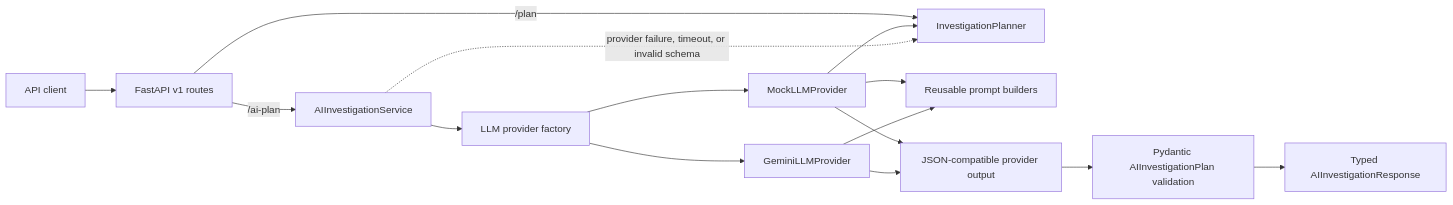
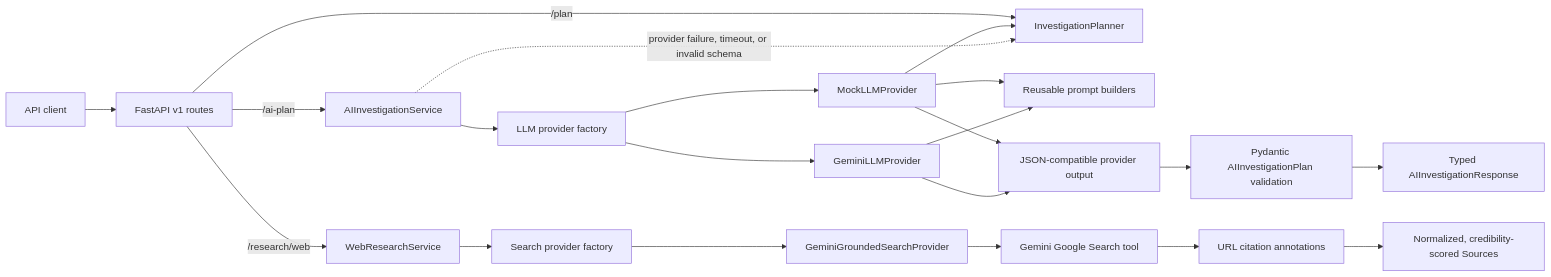
The first of 2 diagrams in README.md (Manal5664/AI-Investigation-Engine), drawn with Mermaid before and after one commit. The commit also changed other lines of this file and 15 other files, not shown here.

Commit message:
Add real Gemini LLM provider

````diff
--- a/README.md
+++ b/README.md
@@ -37,21 +42,28 @@
 ```mermaid
 flowchart LR
     Client[API client] --> Routes[FastAPI v1 routes]
 
     Routes -->|/plan| Deterministic[InvestigationPlanner]
     Routes -->|/ai-plan| AIService[AIInvestigationService]
+    Routes -->|/research/web| WebService[WebResearchService]
 
     AIService --> Factory[LLM provider factory]
     Factory --> Mock[MockLLMProvider]
     Factory --> Gemini[GeminiLLMProvider]
     Mock --> Prompts[Reusable prompt builders]
     Gemini --> Prompts
     Mock --> Deterministic
 
     Mock --> Raw[JSON-compatible provider output]
     Gemini --> Raw
     Raw --> Validation[Pydantic AIInvestigationPlan validation]
     Validation --> Response[Typed AIInvestigationResponse]
 
     AIService -. provider failure, timeout, or invalid schema .-> Deterministic
+
+    WebService --> SearchFactory[Search provider factory]
+    SearchFactory --> Grounded[GeminiGroundedSearchProvider]
+    Grounded --> GoogleSearch[Gemini Google Search tool]
+    GoogleSearch --> Citations[URL citation annotations]
+    Citations --> Sources[Normalized, credibility-scored Sources]
 ```
````
